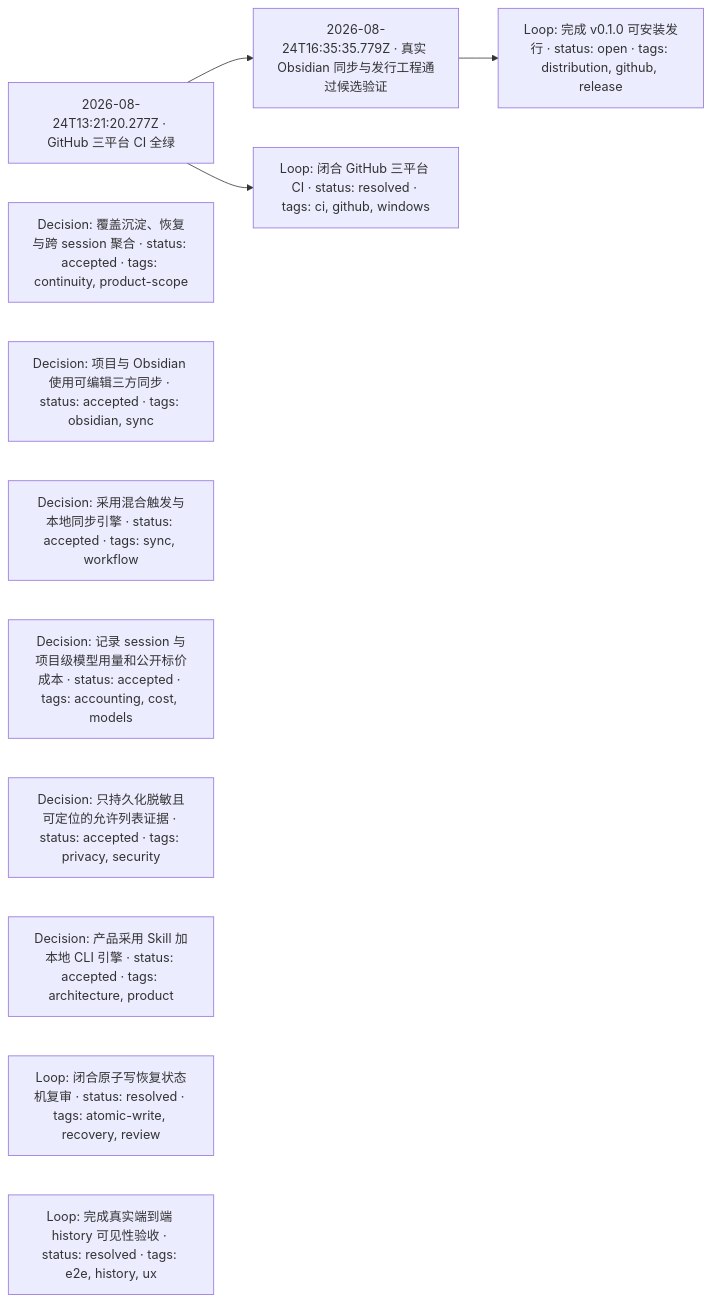
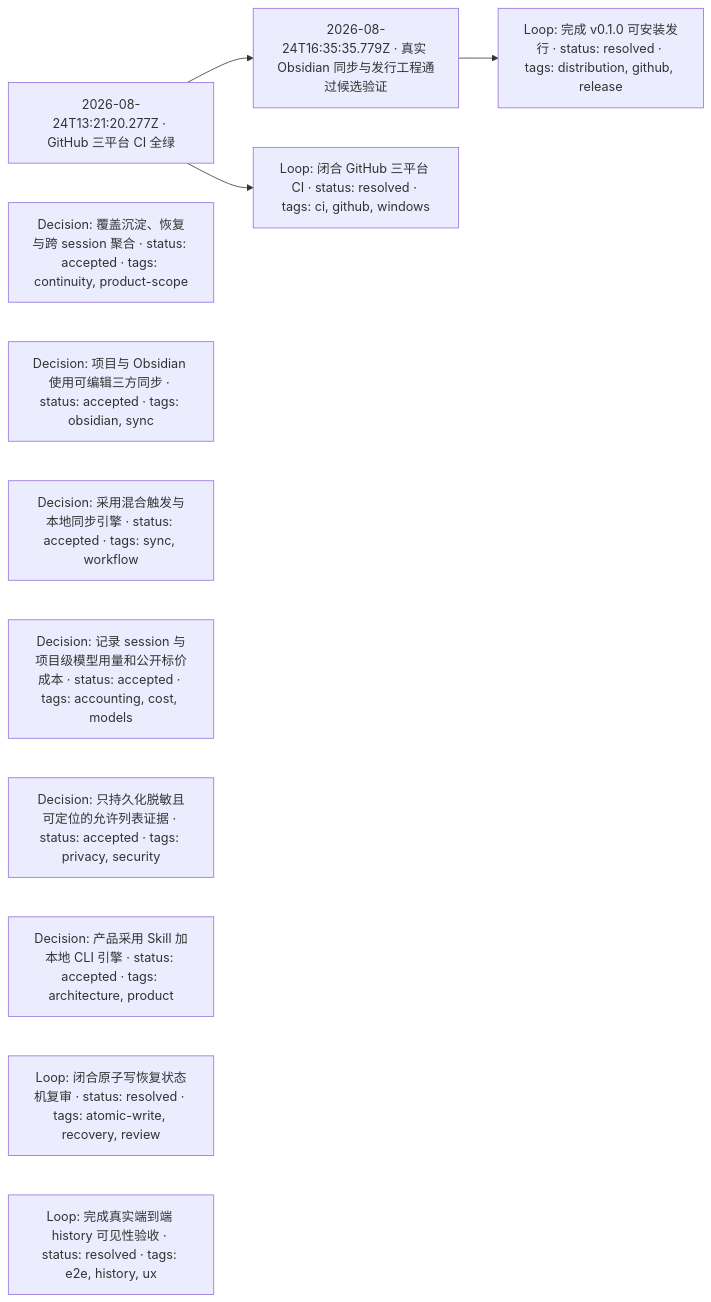
The second of 3 diagrams in docs/session-review/diagrams/project-evolution.md (NeoMei/SessionReviewer), drawn with Mermaid before and after one commit. The commit also changed other lines of this file and 7 other files, not shown here.

````diff
--- a/docs/session-review/diagrams/project-evolution.md
+++ b/docs/session-review/diagrams/project-evolution.md
@@ -19,18 +19,18 @@
 ```mermaid
 flowchart LR
   event_162f912a71cb["2026-08-24T13:21:20.277Z · GitHub 三平台 CI 全绿"]
   event_4334d43609d1["2026-08-24T16:35:35.779Z · 真实 Obsidian 同步与发行工程通过候选验证"]
   decision_5dd62002d6a4["Decision: 覆盖沉淀、恢复与跨 session 聚合 · status: accepted · tags: continuity, product-scope"]
   decision_04220dd8a2c5["Decision: 项目与 Obsidian 使用可编辑三方同步 · status: accepted · tags: obsidian, sync"]
   decision_078fe83339c8["Decision: 采用混合触发与本地同步引擎 · status: accepted · tags: sync, workflow"]
   decision_ed466f029681["Decision: 记录 session 与项目级模型用量和公开标价成本 · status: accepted · tags: accounting, cost, models"]
   decision_9cd2795959d6["Decision: 只持久化脱敏且可定位的允许列表证据 · status: accepted · tags: privacy, security"]
   decision_757157859a2b["Decision: 产品采用 Skill 加本地 CLI 引擎 · status: accepted · tags: architecture, product"]
   loop_98b011131a63["Loop: 闭合原子写恢复状态机复审 · status: resolved · tags: atomic-write, recovery, review"]
   loop_a65fd34793b2["Loop: 闭合 GitHub 三平台 CI · status: resolved · tags: ci, github, windows"]
   loop_3012e18a6015["Loop: 完成真实端到端 history 可见性验收 · status: resolved · tags: e2e, history, ux"]
-  loop_4ac845327a15["Loop: 完成 v0.1.0 可安装发行 · status: open · tags: distribution, github, release"]
+  loop_4ac845327a15["Loop: 完成 v0.1.0 可安装发行 · status: resolved · tags: distribution, github, release"]
   event_162f912a71cb --> event_4334d43609d1
   event_162f912a71cb --> loop_a65fd34793b2
   event_4334d43609d1 --> loop_4ac845327a15
 ```
````
